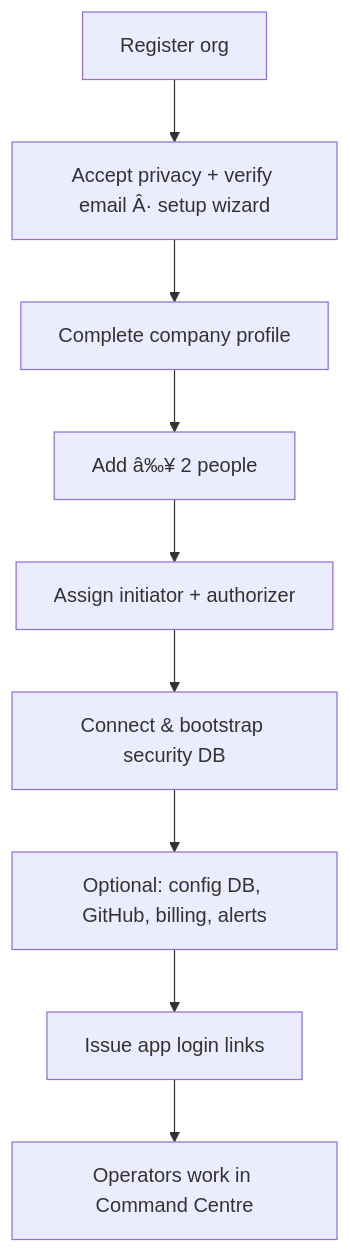
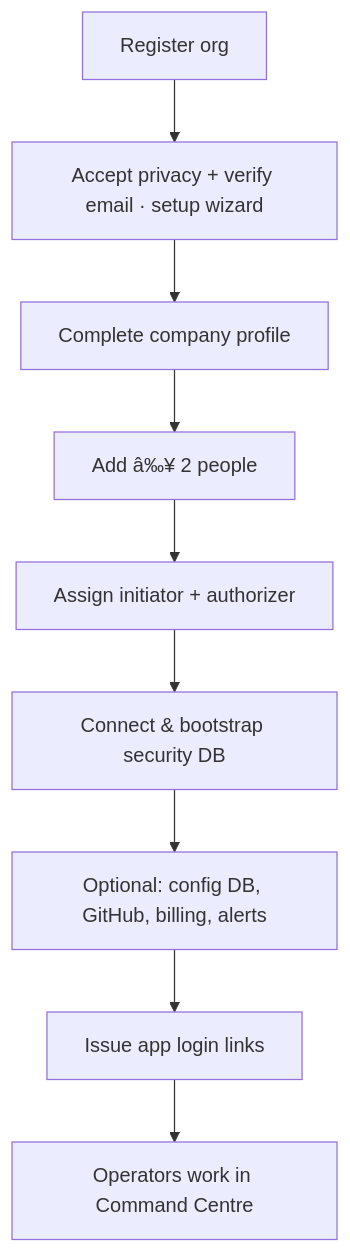
The diagram in docs/how-to/platform/README.md (Phantom-Fort/Phantix-Frontend), drawn with Mermaid before and after one commit. The commit also changed other lines of this file and 100 other files, not shown here.

````diff
--- a/docs/how-to/platform/README.md
+++ b/docs/how-to/platform/README.md
@@ -27,11 +27,11 @@
 ```mermaid
 flowchart TD
-  A[Register org] --> B[Accept privacy + verify email Â· setup wizard]
+  A[Register org] --> B[Accept privacy + verify email · setup wizard]
   B --> C[Complete company profile]
   C --> D[Add â‰¥ 2 people]
   D --> E[Assign initiator + authorizer]
   E --> F[Connect & bootstrap security DB]
   F --> G[Optional: config DB, GitHub, billing, alerts]
   G --> H[Issue app login links]
   H --> I[Operators work in Command Centre]
 ```
````
